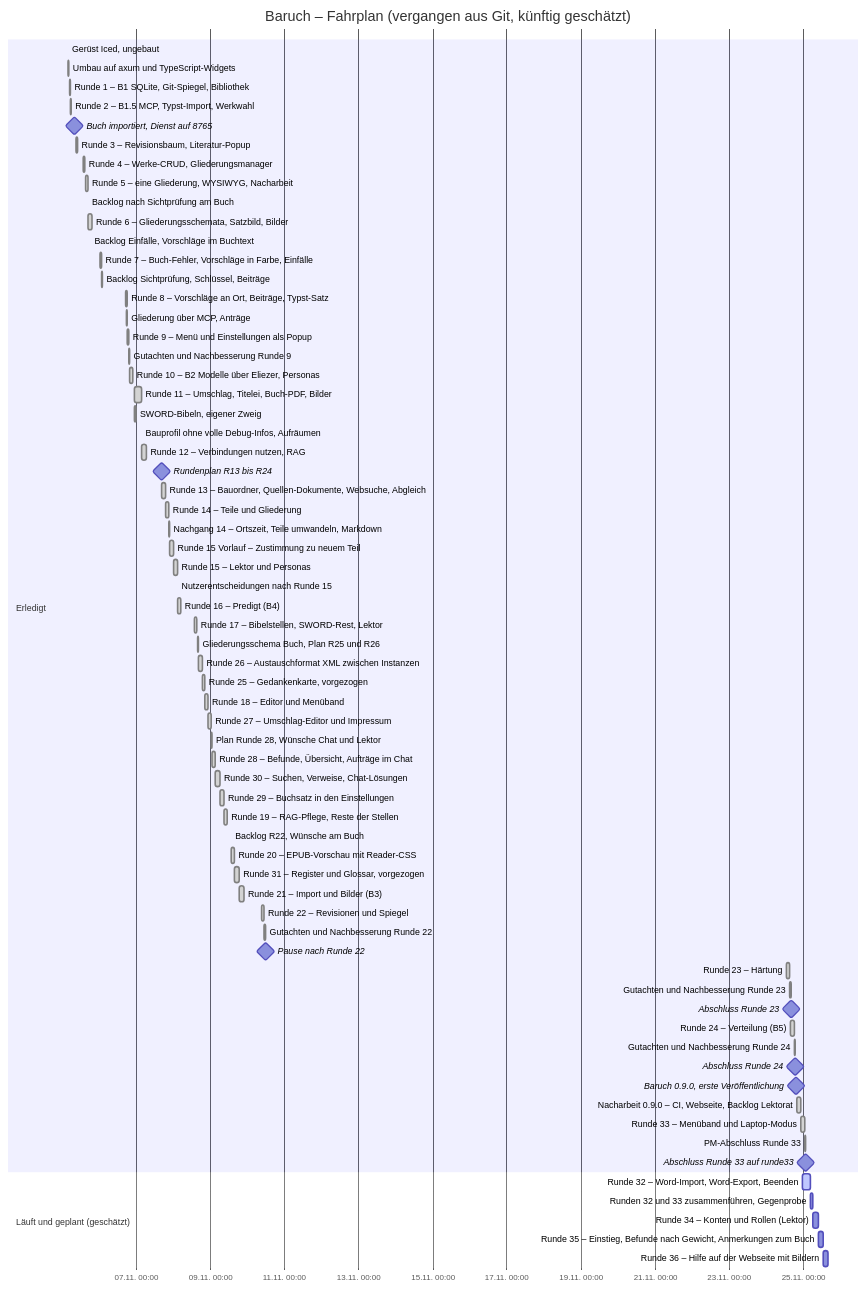
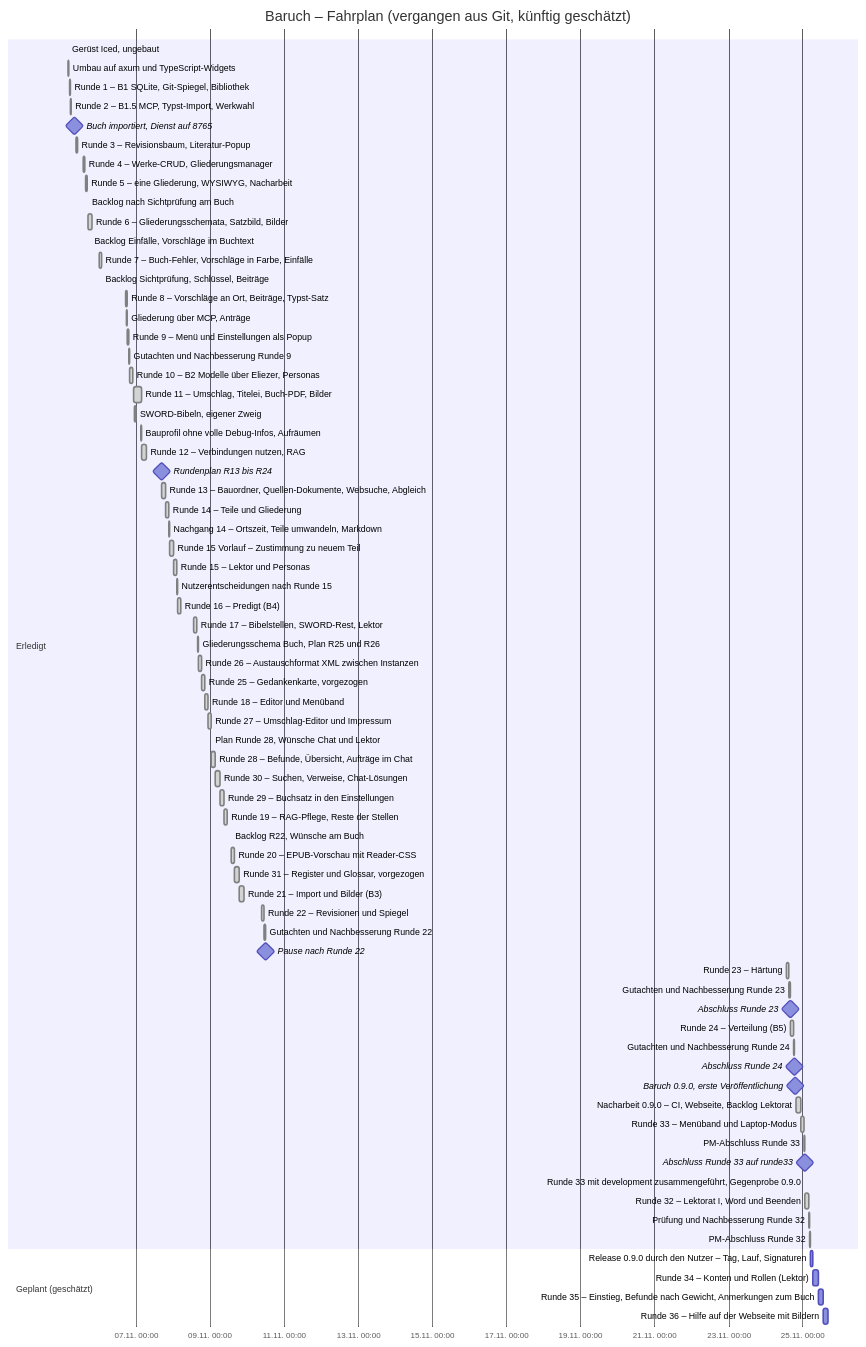
Before and after one commit to Beerlesklopfer/baruch: the diagram in docs/Fahrplan.md, drawn with Mermaid. The commit also changed other lines of this file and 4 other files, not shown here.

````diff
--- a/docs/Fahrplan.md
+++ b/docs/Fahrplan.md
@@ -8,77 +8,82 @@
 ```mermaid
 gantt
     title Baruch – Fahrplan (vergangen aus Git, künftig geschätzt)
     dateFormat YYYY-MM-DD HH:mm
     axisFormat %d.%m. %H:%M
 
     section Erledigt
     Gerüst Iced, ungebaut                         :done, g0, 2026-11-05 04:00, 2m
     Umbau auf axum und TypeScript-Widgets         :done, g1, 2026-11-05 04:05, 37m
     Runde 1 – B1 SQLite, Git-Spiegel, Bibliothek  :done, r1, 2026-11-05 04:51, 27m
     Runde 2 – B1.5 MCP, Typst-Import, Werkwahl    :done, r2, 2026-11-05 05:24, 54m
     Buch importiert, Dienst auf 8765              :milestone, m1, 2026-11-05 07:57, 0m
     Runde 3 – Revisionsbaum, Literatur-Popup      :done, r3, 2026-11-05 09:01, 57m
     Runde 4 – Werke-CRUD, Gliederungsmanager      :done, r4, 2026-11-05 13:39, 85m
     Runde 5 – eine Gliederung, WYSIWYG, Nacharbeit :done, r5, 2026-11-05 15:36, 66m
     Backlog nach Sichtprüfung am Buch             :done, b5, 2026-11-05 16:58, 4m
     Runde 6 – Gliederungsschemata, Satzbild, Bilder :done, r6, 2026-11-05 17:02, 148m
     Backlog Einfälle, Vorschläge im Buchtext      :done, b6, 2026-11-05 18:31, 6m
     Runde 7 – Buch-Fehler, Vorschläge in Farbe, Einfälle :done, r7, 2026-11-06 00:28, 82m
     Backlog Sichtprüfung, Schlüssel, Beiträge     :done, b7, 2026-11-06 01:49, 13m
     Runde 8 – Vorschläge an Ort, Beiträge, Typst-Satz :done, r8, 2026-11-06 17:05, 64m
     Gliederung über MCP, Anträge                  :done, r8b, 2026-11-06 17:40, 37m
     Runde 9 – Menü und Einstellungen als Popup    :done, r9, 2026-11-06 18:21, 64m
     Gutachten und Nachbesserung Runde 9           :done, r9n, 2026-11-06 19:25, 29m
     Runde 10 – B2 Modelle über Eliezer, Personas  :done, r10, 2026-11-06 19:58, 112m
     Runde 11 – Umschlag, Titelei, Buch-PDF, Bilder :done, r11, 2026-11-06 22:45, 285m
     SWORD-Bibeln, eigener Zweig                   :done, sw, 2026-11-06 23:00, 64m
     Bauprofil ohne volle Debug-Infos, Aufräumen   :done, bp, 2026-11-07 03:25, 13m
     Runde 12 – Verbindungen nutzen, RAG           :done, r12, 2026-11-07 03:38, 180m
     Rundenplan R13 bis R24                        :milestone, rp, 2026-11-07 16:41, 0m
     Runde 13 – Bauordner, Quellen-Dokumente, Websuche, Abgleich :done, r13, 2026-11-07 16:41, 165m
     Runde 14 – Teile und Gliederung               :done, r14, 2026-11-07 19:25, 110m
     Nachgang 14 – Ortszeit, Teile umwandeln, Markdown :done, n14, 2026-11-07 21:15, 30m
     Runde 15 Vorlauf – Zustimmung zu neuem Teil   :done, v15, 2026-11-07 21:43, 151m
     Runde 15 – Lektor und Personas                :done, r15, 2026-11-08 00:14, 151m
     Nutzerentscheidungen nach Runde 15            :done, e15, 2026-11-08 02:45, 22m
     Runde 16 – Predigt (B4)                       :done, r16, 2026-11-08 03:07, 125m
     Runde 17 – Bibelstellen, SWORD-Rest, Lektor   :done, r17, 2026-11-08 13:35, 105m
     Gliederungsschema Buch, Plan R25 und R26      :done, pl26, 2026-11-08 15:57, 40m
     Runde 26 – Austauschformat XML zwischen Instanzen :done, r26, 2026-11-08 16:37, 133m
     Runde 25 – Gedankenkarte, vorgezogen          :done, r25, 2026-11-08 18:48, 107m
     Runde 18 – Editor und Menüband                :done, r18, 2026-11-08 20:35, 135m
     Runde 27 – Umschlag-Editor und Impressum      :done, r27, 2026-11-08 22:40, 125m
     Plan Runde 28, Wünsche Chat und Lektor        :done, pl28, 2026-11-09 00:45, 14m
     Runde 28 – Befunde, Übersicht, Aufträge im Chat :done, r28, 2026-11-09 00:59, 140m
     Runde 30 – Suchen, Verweise, Chat-Lösungen    :done, r30, 2026-11-09 03:09, 205m
     Runde 29 – Buchsatz in den Einstellungen      :done, r29, 2026-11-09 06:16, 158m
     Runde 19 – RAG-Pflege, Reste der Stellen      :done, r19, 2026-11-09 08:54, 146m
     Backlog R22, Wünsche am Buch                  :done, b20, 2026-11-09 13:40, 15m
     Runde 20 – EPUB-Vorschau mit Reader-CSS       :done, r20, 2026-11-09 13:55, 110m
     Runde 31 – Register und Glossar, vorgezogen   :done, r31, 2026-11-09 15:46, 195m
     Runde 21 – Import und Bilder (B3)             :done, r21, 2026-11-09 18:58, 172m
     Runde 22 – Revisionen und Spiegel             :done, r22, 2026-11-10 09:19, 98m
     Gutachten und Nachbesserung Runde 22          :done, r22n, 2026-11-10 10:57, 58m
     Pause nach Runde 22                           :milestone, pz, 2026-11-10 11:55, 0m
 
     Runde 23 – Härtung                            :done, r23, 2026-11-24 13:19, 114m
     Gutachten und Nachbesserung Runde 23          :done, r23n, 2026-11-24 15:13, 47m
     Abschluss Runde 23                            :milestone, m23, 2026-11-24 16:00, 0m
 
     Runde 24 – Verteilung (B5)                    :done, r24, 2026-11-24 15:57, 131m
     Gutachten und Nachbesserung Runde 24          :done, r24n, 2026-11-24 18:08, 31m
     Abschluss Runde 24                            :milestone, m24, 2026-11-24 18:50, 0m
     Baruch 0.9.0, erste Veröffentlichung          :milestone, v090, 2026-11-24 19:10, 0m
     Nacharbeit 0.9.0 – CI, Webseite, Backlog Lektorat :done, n090, 2026-11-24 19:44, 176m
 
     Runde 33 – Menüband und Laptop-Modus          :done, r33, 2026-11-24 22:40, 154m
     PM-Abschluss Runde 33                         :done, r33p, 2026-11-25 01:14, 16m
     Abschluss Runde 33 auf runde33                :milestone, m33, 2026-11-25 01:30, 0m
 
-    section Läuft und geplant (geschätzt)
-    Runde 32 – Word-Import, Word-Export, Beenden  :active, r32, 2026-11-24 23:35, 300m
-    Runden 32 und 33 zusammenführen, Gegenprobe   :r3233, after r32, 90m
-    Runde 34 – Konten und Rollen (Lektor)         :r34, after r3233, 240m
+    Runde 33 mit development zusammengeführt, Gegenprobe 0.9.0 :done, g090, 2026-11-25 01:27, 12m
+
+    Runde 32 – Lektorat I, Word und Beenden       :done, r32, 2026-11-25 01:39, 158m
+    Prüfung und Nachbesserung Runde 32            :done, r32n, 2026-11-25 04:17, 25m
+    PM-Abschluss Runde 32                         :done, r32p, 2026-11-25 04:42, 20m
+
+    section Geplant (geschätzt)
+    Release 0.9.0 durch den Nutzer – Tag, Lauf, Signaturen :rel090, after r32p, 90m
+    Runde 34 – Konten und Rollen (Lektor)         :r34, after rel090, 240m
     Runde 35 – Einstieg, Befunde nach Gewicht, Anmerkungen zum Buch :r35, after r34, 180m
     Runde 36 – Hilfe auf der Webseite mit Bildern :r36, after r35, 180m
 ```
````
